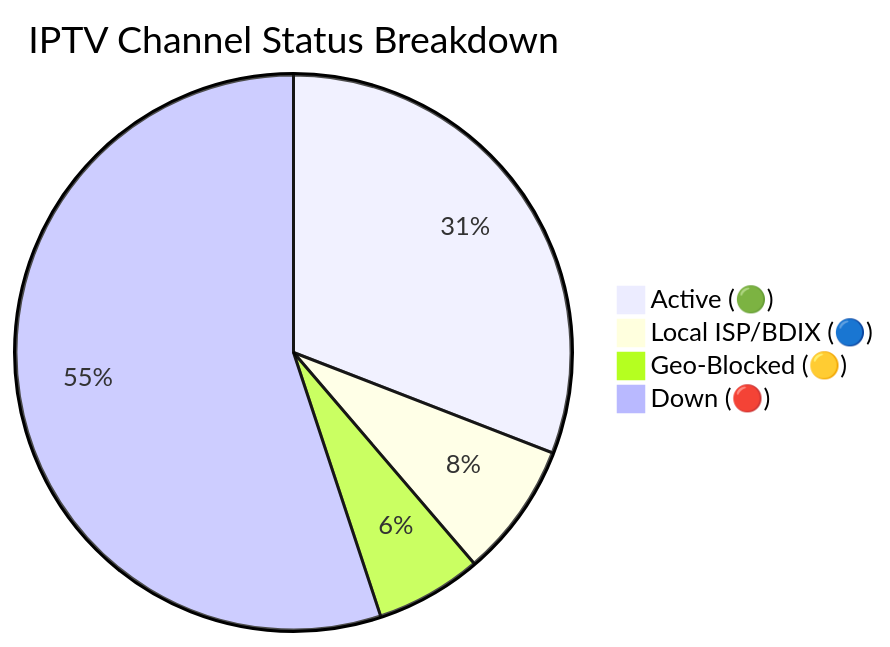
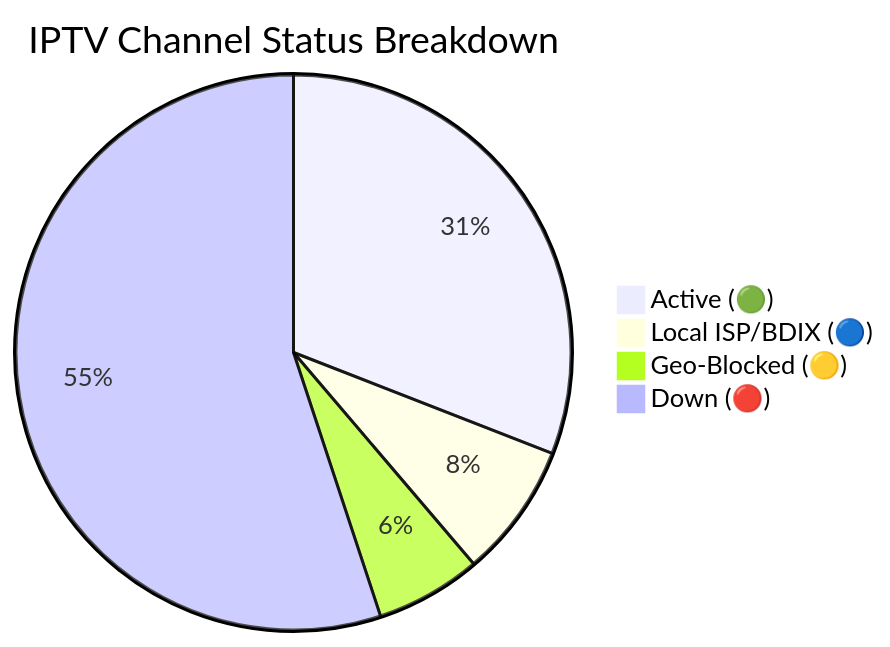
One commit to Zaman-Topu/Ip-tv-Collection changed the diagram in README.md. Above: the diagram before and after it, drawn with Mermaid. The commit also changed other lines of this file and 4 other files, not shown here.

````diff
--- a/README.md
+++ b/README.md
@@ -118,7 +118,7 @@
 ```mermaid
 pie title IPTV Channel Status Breakdown
-    "Active (🟢)" : 10457
+    "Active (🟢)" : 10469
     "Local ISP/BDIX (🔵)" : 2657
-    "Geo-Blocked (🟡)" : 2095
-    "Down (🔴)" : 18650
+    "Geo-Blocked (🟡)" : 2085
+    "Down (🔴)" : 18648
 ```
````
